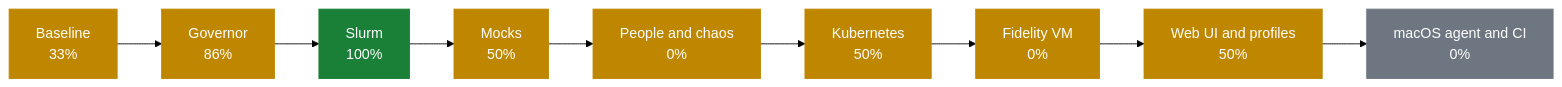
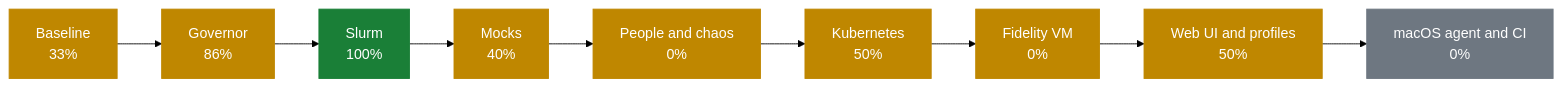
Before and after one commit to AhmedYousriSobhi/workbench: the first of 2 diagrams in docs/PROGRESS.md, drawn with Mermaid (forest theme). The commit also changed other lines of this file and 3 other files, not shown here.

````diff
--- a/docs/PROGRESS.md
+++ b/docs/PROGRESS.md
@@ -10,17 +10,17 @@
 ```mermaid
 flowchart LR
     p0["Baseline<br/>33%"]:::partial
     p1["Governor<br/>86%"]:::partial
     p2["Slurm<br/>100%"]:::done
-    p3["Mocks<br/>50%"]:::partial
+    p3["Mocks<br/>40%"]:::partial
     p4["People and chaos<br/>0%"]:::partial
     p5["Kubernetes<br/>50%"]:::partial
     p6["Fidelity VM<br/>0%"]:::partial
     p7["Web UI and profiles<br/>50%"]:::partial
     p8["macOS agent and CI<br/>0%"]:::todo
     p0 --> p1 --> p2 --> p3 --> p4 --> p5 --> p6 --> p7 --> p8
     classDef done fill:#1a7f37,stroke:#1a7f37,color:#fff
     classDef review fill:#0969da,stroke:#0969da,color:#fff
     classDef partial fill:#bf8700,stroke:#bf8700,color:#fff
     classDef todo fill:#6e7781,stroke:#6e7781,color:#fff
 ```
````
